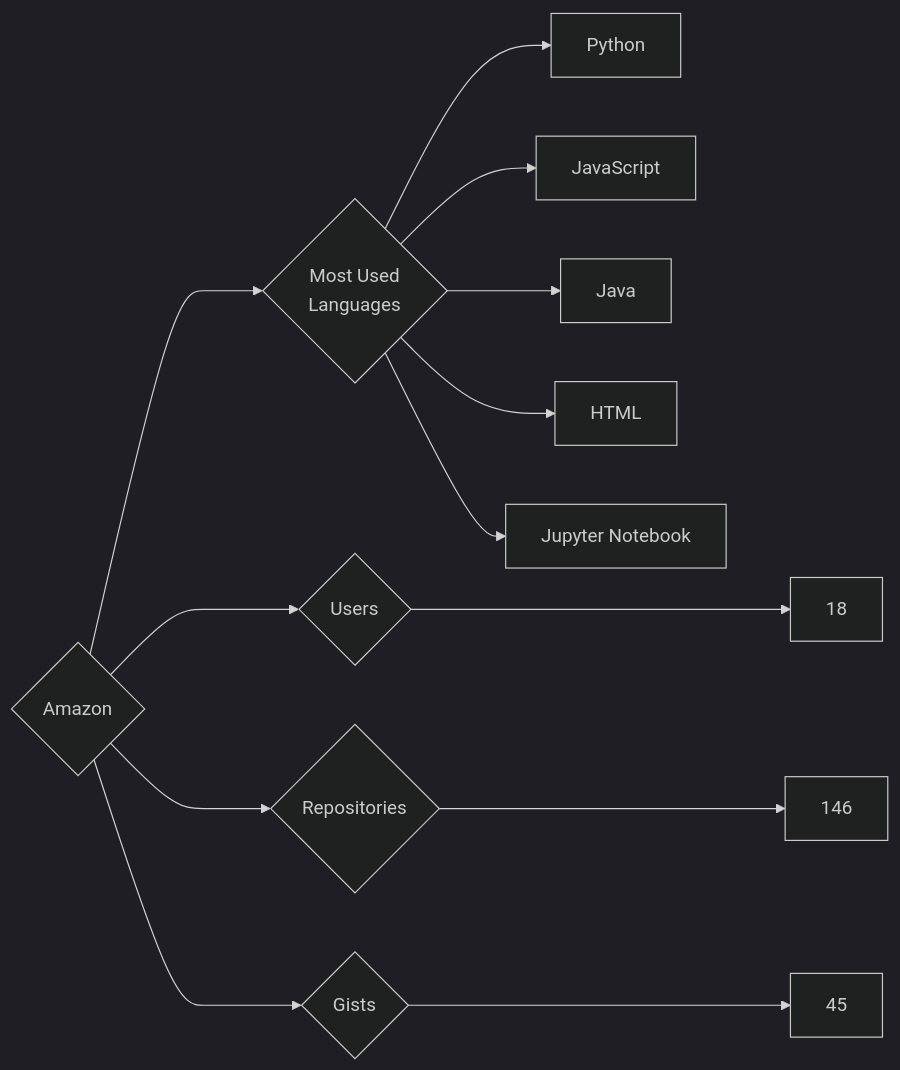
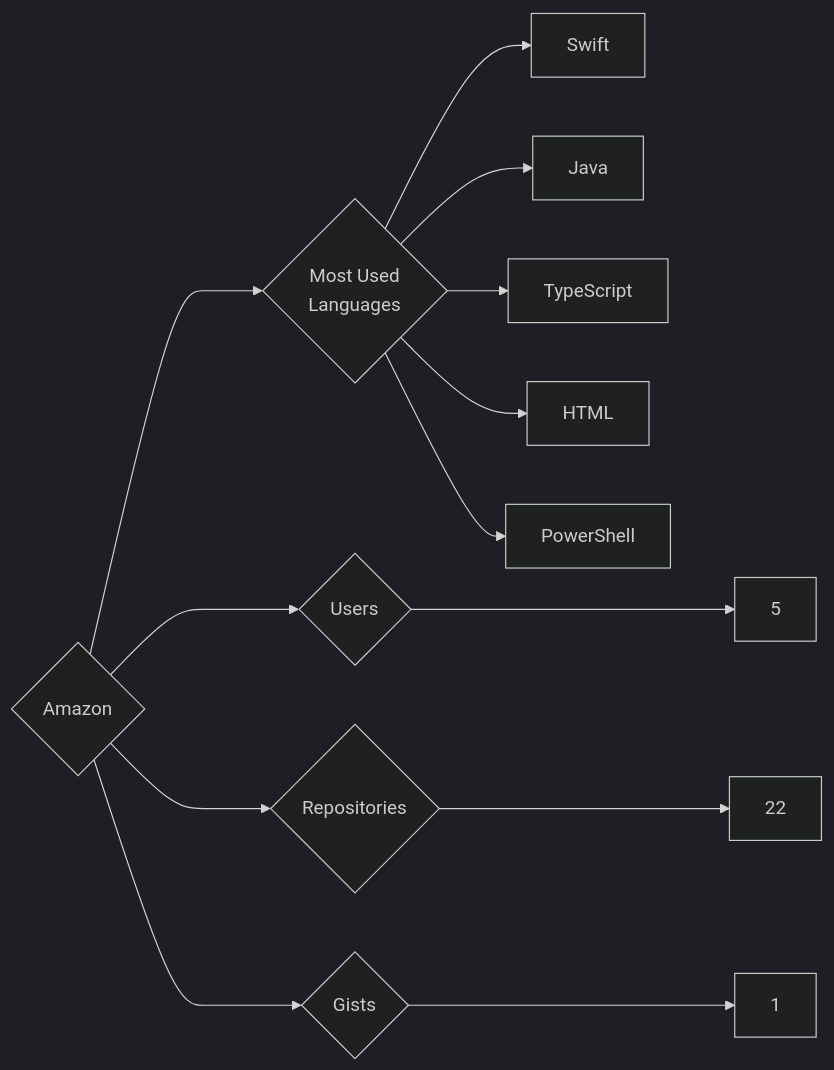
One commit to trickest/insiders changed the diagram in targets/Amazon/README.md. Above: the diagram before and after it, drawn with Mermaid (dark theme). The commit also changed 882 other files, not shown here.

````diff
--- a/targets/Amazon/README.md
+++ b/targets/Amazon/README.md
@@ -3,13 +3,13 @@
 ```mermaid
 graph LR
 COMPANY_NAME{Amazon}
-COMPANY_NAME ---> U{Users} ---> UN[18]
-COMPANY_NAME ---> R{Repositories} ---> RN[146]
-COMPANY_NAME ---> G{Gists} ---> GN[45]
+COMPANY_NAME ---> U{Users} ---> UN[5]
+COMPANY_NAME ---> R{Repositories} ---> RN[22]
+COMPANY_NAME ---> G{Gists} ---> GN[1]
 COMPANY_NAME ---> ML{Most Used<br>Languages}
-ML --> Python[Python]
-ML --> JavaScript[JavaScript]
+ML --> Swift[Swift]
 ML --> Java[Java]
+ML --> TypeScript[TypeScript]
 ML --> HTML[HTML]
-ML --> Jupyter_Notebook[Jupyter Notebook]
+ML --> PowerShell[PowerShell]
 ```
````
